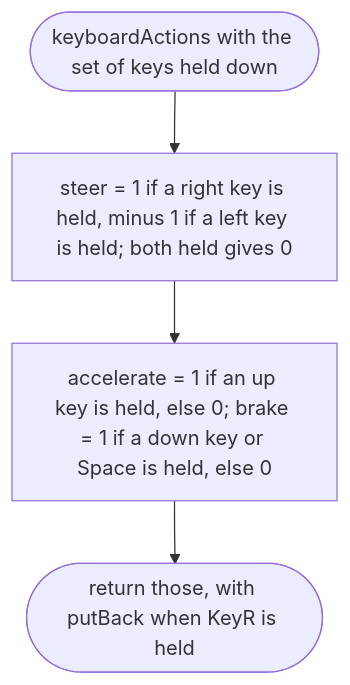
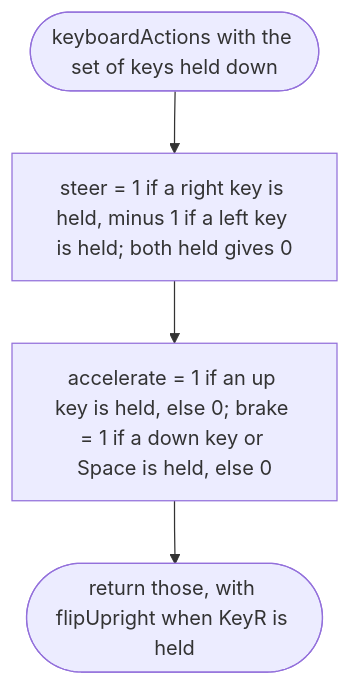
Before and after one commit to NewDara-Star/world-engine: the first of 5 diagrams in docs/designs/src/controls/keyboard.md, drawn with Mermaid. The commit also changed other lines of this file and 41 other files, not shown here.

````diff
--- a/docs/designs/src/controls/keyboard.md
+++ b/docs/designs/src/controls/keyboard.md
@@ -16,8 +16,8 @@
 ```mermaid
 flowchart TD
   s(["keyboardActions with the set of keys held down"])
   a["steer = 1 if a right key is held, minus 1 if a left key is held; both held gives 0"]
   b["accelerate = 1 if an up key is held, else 0; brake = 1 if a down key or Space is held, else 0"]
-  c(["return those, with putBack when KeyR is held"])
+  c(["return those, with flipUpright when KeyR is held"])
   s --> a --> b --> c
 ```
````
